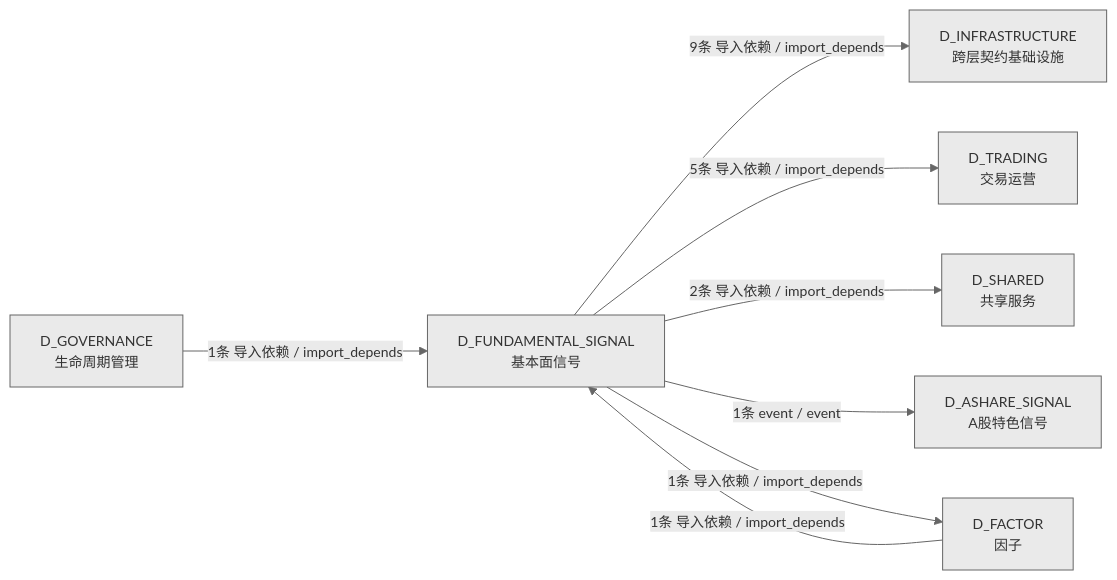
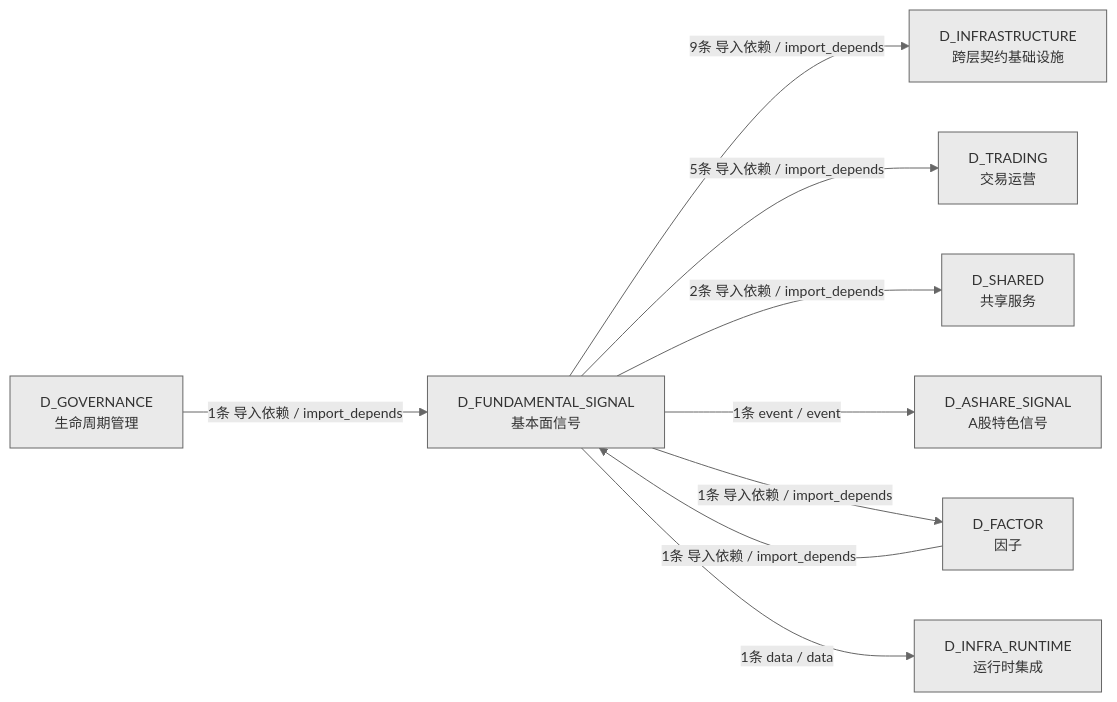
One commit to xuanFelixVan/ZephyrAlpha changed the fourth of 4 diagrams in docs/02_enterprise_architecture/02_domain_architecture_docs/48_d_fundamental_signal.md. Above: the diagram before and after it, drawn with Mermaid. The commit also changed other lines of this file and 61 other files, not shown here.

````diff
--- a/docs/02_enterprise_architecture/02_domain_architecture_docs/48_d_fundamental_signal.md
+++ b/docs/02_enterprise_architecture/02_domain_architecture_docs/48_d_fundamental_signal.md
@@ -211,18 +213,20 @@
 ```mermaid
 %%{init: {'theme': 'base', 'themeVariables': {'primaryColor': '#eaeaea', 'primaryTextColor': '#333333', 'primaryBorderColor': '#666666', 'lineColor': '#666666', 'secondaryColor': '#eaeaea', 'tertiaryColor': '#eaeaea', 'fontSize': '14px'}}}%%
 graph LR
     D_FUNDAMENTAL_SIGNAL["D_FUNDAMENTAL_SIGNAL<br/>基本面信号"]
     D_INFRASTRUCTURE["D_INFRASTRUCTURE<br/>跨层契约基础设施"]
     D_TRADING["D_TRADING<br/>交易运营"]
     D_SHARED["D_SHARED<br/>共享服务"]
     D_ASHARE_SIGNAL["D_ASHARE_SIGNAL<br/>A股特色信号"]
     D_FACTOR["D_FACTOR<br/>因子"]
+    D_INFRA_RUNTIME["D_INFRA_RUNTIME<br/>运行时集成"]
     D_GOVERNANCE["D_GOVERNANCE<br/>生命周期管理"]
     D_FUNDAMENTAL_SIGNAL -->|9条 导入依赖 / import_depends| D_INFRASTRUCTURE
     D_FUNDAMENTAL_SIGNAL -->|5条 导入依赖 / import_depends| D_TRADING
     D_FUNDAMENTAL_SIGNAL -->|2条 导入依赖 / import_depends| D_SHARED
     D_FUNDAMENTAL_SIGNAL -->|1条 event / event| D_ASHARE_SIGNAL
     D_FUNDAMENTAL_SIGNAL -->|1条 导入依赖 / import_depends| D_FACTOR
+    D_FUNDAMENTAL_SIGNAL -->|1条 data / data| D_INFRA_RUNTIME
     D_FACTOR -->|1条 导入依赖 / import_depends| D_FUNDAMENTAL_SIGNAL
     D_GOVERNANCE -->|1条 导入依赖 / import_depends| D_FUNDAMENTAL_SIGNAL
 ```
````
